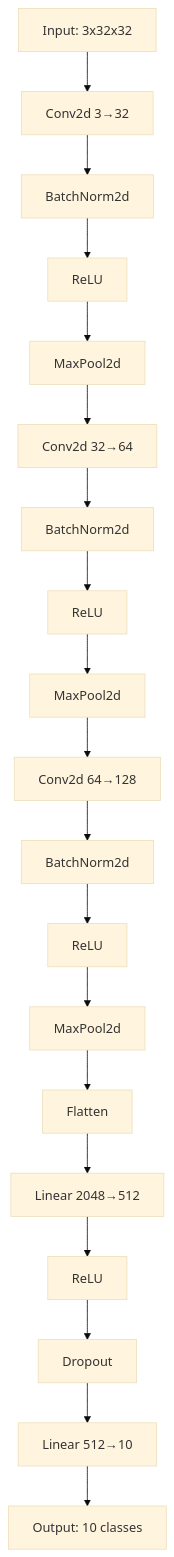
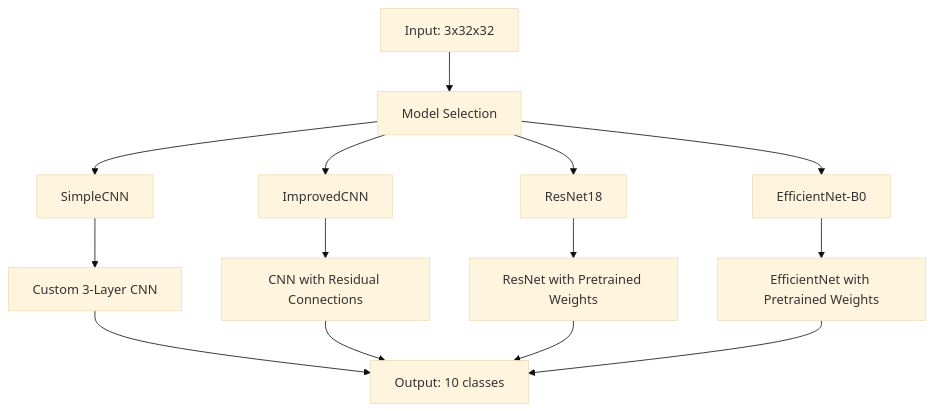
The fifth of 17 diagrams in ARCHITECTURE.md (ruskaruma/microvision), drawn with Mermaid (base theme) before and after one commit. The commit also changed other lines of this file and 8 other files, not shown here.

````diff
--- a/ARCHITECTURE.md
+++ b/ARCHITECTURE.md
@@ -103,24 +107,18 @@
 ```mermaid
 graph TB
-    A[Input: 3x32x32] --> B[Conv2d 3→32]
-    B --> C[BatchNorm2d]
-    C --> D[ReLU]
-    D --> E[MaxPool2d]
+    A[Input: 3x32x32] --> B[Model Selection]
+    B --> C[SimpleCNN]
+    B --> D[ImprovedCNN]
+    B --> E[ResNet18]
+    B --> F[EfficientNet-B0]
     
-    E --> F[Conv2d 32→64]
-    F --> G[BatchNorm2d]
-    G --> H[ReLU]
-    H --> I[MaxPool2d]
+    C --> G[Custom 3-Layer CNN]
+    D --> H[CNN with Residual Connections]
+    E --> I[ResNet with Pretrained Weights]
+    F --> J[EfficientNet with Pretrained Weights]
     
-    I --> J[Conv2d 64→128]
-    J --> K[BatchNorm2d]
-    K --> L[ReLU]
-    L --> M[MaxPool2d]
-    
-    M --> N[Flatten]
-    N --> O[Linear 2048→512]
-    O --> P[ReLU]
-    P --> Q[Dropout]
-    Q --> R[Linear 512→10]
-    R --> S[Output: 10 classes]
+    G --> K[Output: 10 classes]
+    H --> K
+    I --> K
+    J --> K
 ```
````
